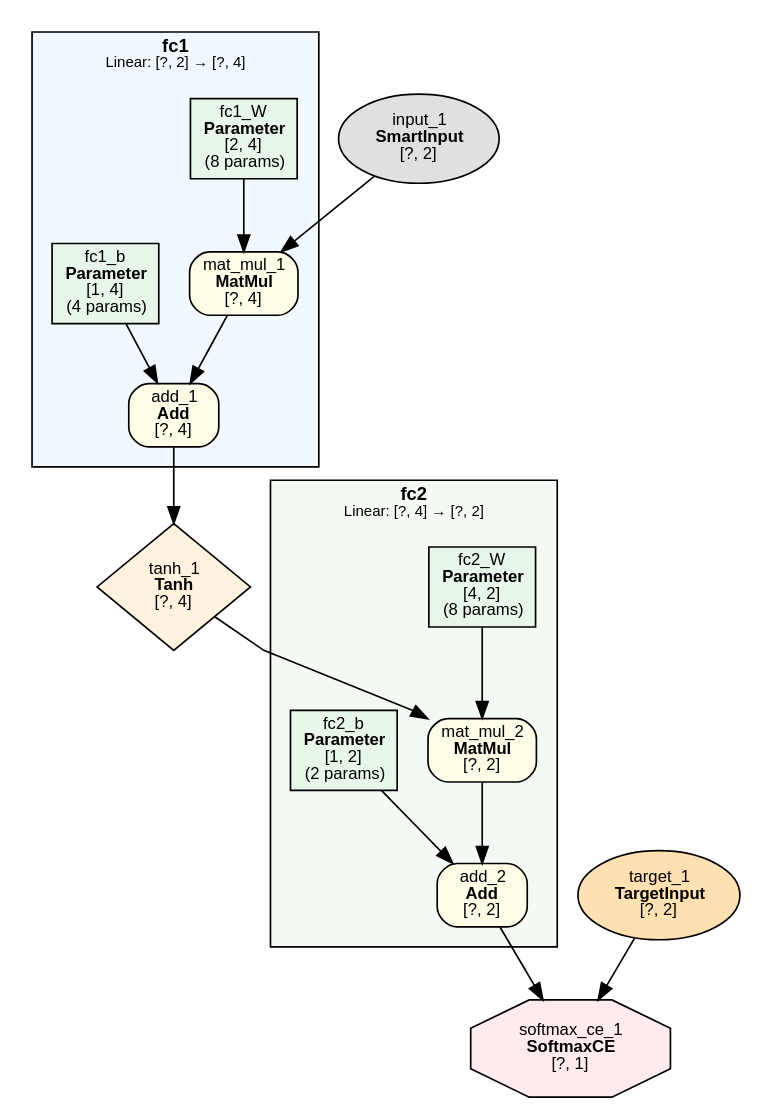
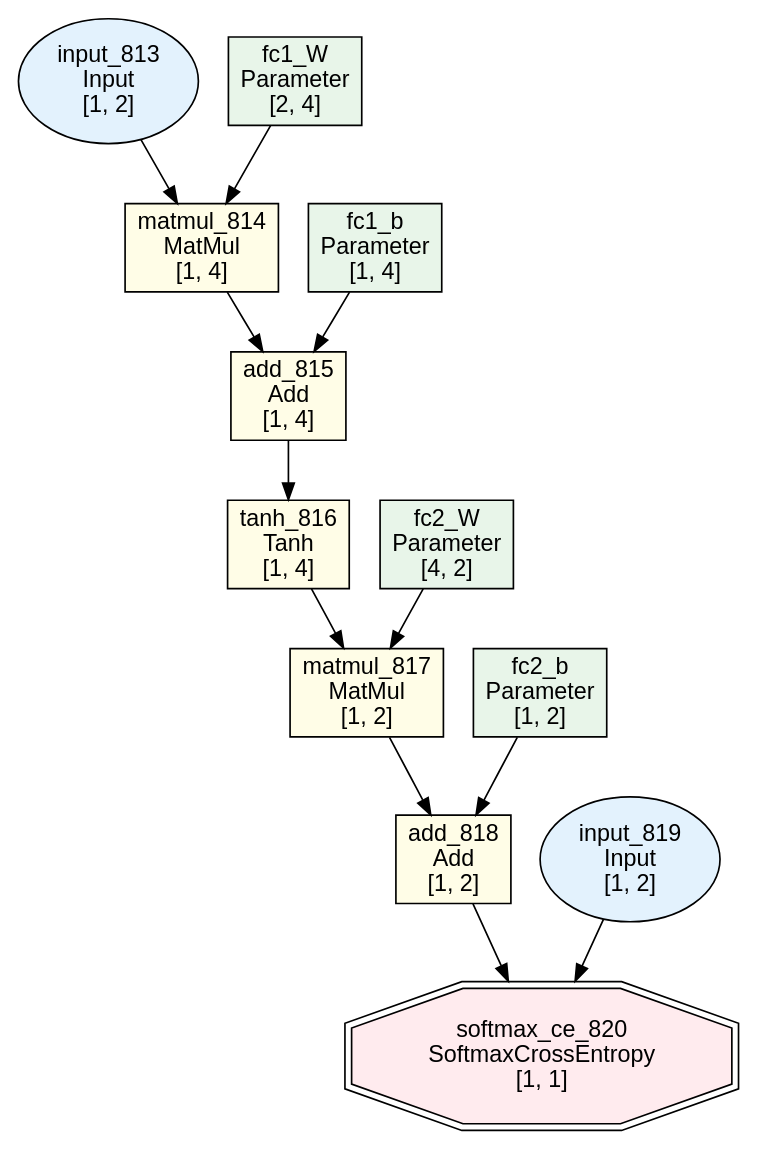
One commit to dbsxdbsx/only_torch changed the diagram in examples/xor/xor.dot. Above: the diagram before and after it, drawn with Graphviz. The commit also changed 2 other files, not shown here.

```diff
--- a/examples/xor/xor.dot
+++ b/examples/xor/xor.dot
@@ -1,50 +1,30 @@
-digraph Model {
+digraph ComputeGraph {
     rankdir=TB;
-    newrank=true;
-    splines=polyline;
     node [fontname="Microsoft YaHei,SimHei,Arial"];
     edge [fontname="Microsoft YaHei,SimHei,Arial"];
 
-    subgraph cluster_fc1 {
-        label=<<B>fc1</B><BR/><FONT POINT-SIZE="9">Linear: [?, 2] → [?, 4]</FONT>>;
-        style=filled;
-        fillcolor="#E3F2FD80";
-        fontname="Microsoft YaHei,SimHei,Arial";
-        fontsize=11;
-        margin=12;
-            "1" [label=<fc1_W<BR/><B>Parameter</B><BR/>[2, 4]<BR/>(8 params)> shape=box style=filled fillcolor="#E8F5E9" fontsize=10];
-            "2" [label=<fc1_b<BR/><B>Parameter</B><BR/>[1, 4]<BR/>(4 params)> shape=box style=filled fillcolor="#E8F5E9" fontsize=10];
-            "6" [label=<mat_mul_1<BR/><B>MatMul</B><BR/>[?, 4]> shape=box style="filled,rounded" fillcolor="#FFFDE7" fontsize=10];
-            "7" [label=<add_1<BR/><B>Add</B><BR/>[?, 4]> shape=box style="filled,rounded" fillcolor="#FFFDE7" fontsize=10];
-    }
+    n820 [label="softmax_ce_820\nSoftmaxCrossEntropy\n[1, 1]", shape=doubleoctagon, style=filled, fillcolor="#FFEBEE"];
+    n818 [label="add_818\nAdd\n[1, 2]", shape=box, style=filled, fillcolor="#FFFDE7"];
+    n819 [label="input_819\nInput\n[1, 2]", shape=ellipse, style=filled, fillcolor="#E3F2FD"];
+    n817 [label="matmul_817\nMatMul\n[1, 2]", shape=box, style=filled, fillcolor="#FFFDE7"];
+    n4 [label="fc2_b\nParameter\n[1, 2]", shape=box, style=filled, fillcolor="#E8F5E9"];
+    n816 [label="tanh_816\nTanh\n[1, 4]", shape=box, style=filled, fillcolor="#FFFDE7"];
+    n3 [label="fc2_W\nParameter\n[4, 2]", shape=box, style=filled, fillcolor="#E8F5E9"];
+    n815 [label="add_815\nAdd\n[1, 4]", shape=box, style=filled, fillcolor="#FFFDE7"];
+    n814 [label="matmul_814\nMatMul\n[1, 4]", shape=box, style=filled, fillcolor="#FFFDE7"];
+    n2 [label="fc1_b\nParameter\n[1, 4]", shape=box, style=filled, fillcolor="#E8F5E9"];
+    n813 [label="input_813\nInput\n[1, 2]", shape=ellipse, style=filled, fillcolor="#E3F2FD"];
+    n1 [label="fc1_W\nParameter\n[2, 4]", shape=box, style=filled, fillcolor="#E8F5E9"];
 
-    subgraph cluster_fc2 {
-        label=<<B>fc2</B><BR/><FONT POINT-SIZE="9">Linear: [?, 4] → [?, 2]</FONT>>;
-        style=filled;
-        fillcolor="#E8F5E980";
-        fontname="Microsoft YaHei,SimHei,Arial";
-        fontsize=11;
-        margin=12;
-            "3" [label=<fc2_W<BR/><B>Parameter</B><BR/>[4, 2]<BR/>(8 params)> shape=box style=filled fillcolor="#E8F5E9" fontsize=10];
-            "4" [label=<fc2_b<BR/><B>Parameter</B><BR/>[1, 2]<BR/>(2 params)> shape=box style=filled fillcolor="#E8F5E9" fontsize=10];
-            "9" [label=<mat_mul_2<BR/><B>MatMul</B><BR/>[?, 2]> shape=box style="filled,rounded" fillcolor="#FFFDE7" fontsize=10];
-            "10" [label=<add_2<BR/><B>Add</B><BR/>[?, 2]> shape=box style="filled,rounded" fillcolor="#FFFDE7" fontsize=10];
-    }
-
-    "5" [label=<input_1<BR/><B>SmartInput</B><BR/>[?, 2]> shape=ellipse style=filled fillcolor="#E0E0E0" fontsize=10];
-    "8" [label=<tanh_1<BR/><B>Tanh</B><BR/>[?, 4]> shape=diamond style=filled fillcolor="#FFF3E0" fontsize=10];
-    "11" [label=<target_1<BR/><B>TargetInput</B><BR/>[?, 2]> shape=ellipse style=filled fillcolor="#FFE0B2" fontsize=10];
-    "12" [label=<softmax_ce_1<BR/><B>SoftmaxCE</B><BR/>[?, 1]> shape=octagon style=filled fillcolor="#FFEBEE" fontsize=10];
-
-    "5" -> "6";
-    "1" -> "6";
-    "6" -> "7";
-    "2" -> "7";
-    "7" -> "8";
-    "8" -> "9";
-    "3" -> "9";
-    "9" -> "10";
-    "4" -> "10";
-    "10" -> "12";
-    "11" -> "12";
+    n818 -> n820;
+    n819 -> n820;
+    n817 -> n818;
+    n4 -> n818;
+    n816 -> n817;
+    n3 -> n817;
+    n815 -> n816;
+    n814 -> n815;
+    n2 -> n815;
+    n813 -> n814;
+    n1 -> n814;
 }
```
